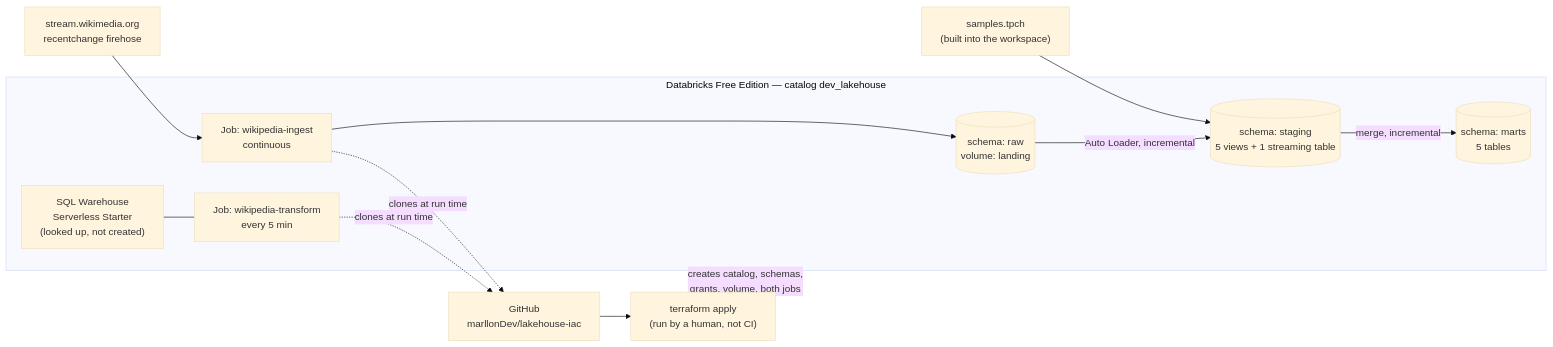
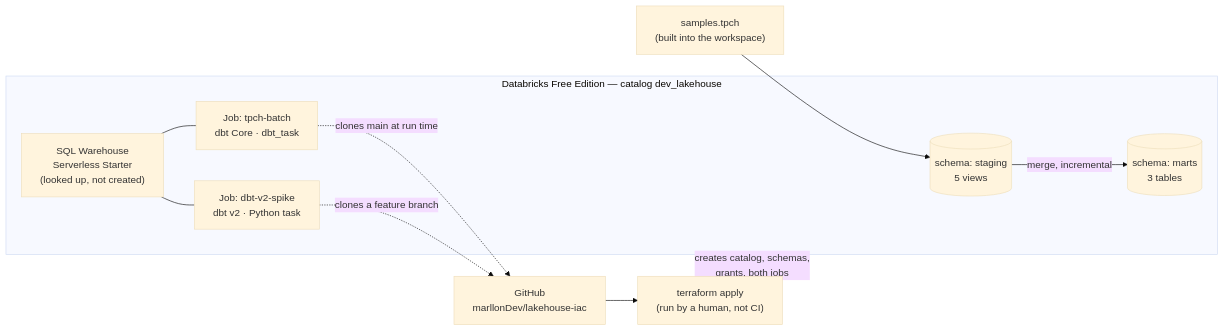
One commit to marllonDev/lakehouse-iac changed the first of 3 diagrams in ARCHITECTURE.md. Above: the diagram before and after it, drawn with Mermaid (base theme). The commit also changed other lines of this file and 3 other files, not shown here.

First line of the commit message:
docs: describe the batch-only project and the dbt v2 spike

````diff
--- a/ARCHITECTURE.md
+++ b/ARCHITECTURE.md
@@ -15,29 +15,25 @@
 ```mermaid
 flowchart LR
     repo["GitHub<br/>marllonDev/lakehouse-iac"]
     human["terraform apply<br/>(run by a human, not CI)"]
 
     subgraph dbx ["Databricks Free Edition — catalog dev_lakehouse"]
-        raw[("schema: raw<br/>volume: landing")]
-        staging[("schema: staging<br/>5 views + 1 streaming table")]
-        marts[("schema: marts<br/>5 tables")]
+        staging[("schema: staging<br/>5 views")]
+        marts[("schema: marts<br/>3 tables")]
         wh["SQL Warehouse<br/>Serverless Starter<br/>(looked up, not created)"]
-        ingestjob["Job: wikipedia-ingest<br/>continuous"]
-        transformjob["Job: wikipedia-transform<br/>every 5 min"]
+        corejob["Job: tpch-batch<br/>dbt Core · dbt_task"]
+        v2job["Job: dbt-v2-spike<br/>dbt v2 · Python task"]
     end
 
     tpch["samples.tpch<br/>(built into the workspace)"]
-    wiki["stream.wikimedia.org<br/>recentchange firehose"]
 
     repo --> human
-    human ==>|"creates catalog, schemas,<br/>grants, volume, both jobs"| dbx
-    ingestjob -.->|"clones at run time"| repo
-    transformjob -.->|"clones at run time"| repo
+    human ==>|"creates catalog, schemas,<br/>grants, both jobs"| dbx
+    corejob -.->|"clones main at run time"| repo
+    v2job -.->|"clones a feature branch"| repo
 
-    wiki --> ingestjob
-    ingestjob --> raw
     tpch --> staging
-    raw -->|"Auto Loader, incremental"| staging
     staging -->|"merge, incremental"| marts
-    wh --- transformjob
+    wh --- corejob
+    wh --- v2job
 ```
````
